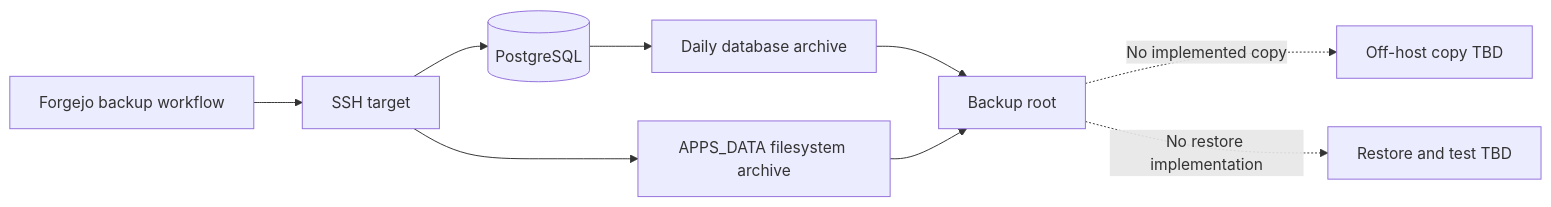
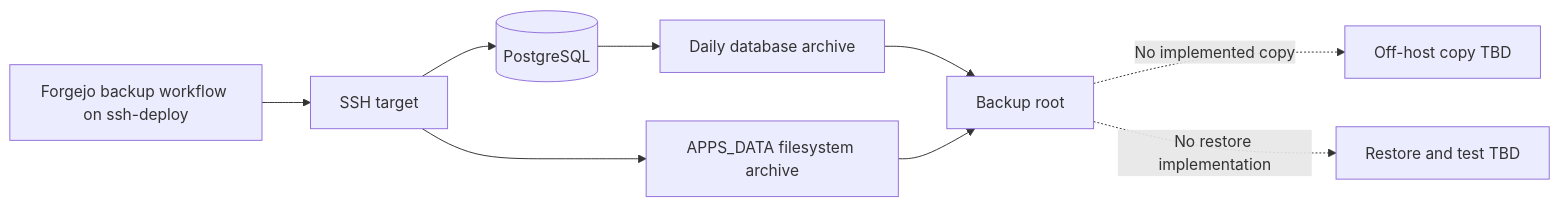
One commit to yongxinL/servicehub changed the sixth of 7 diagrams in docs/architecture/DATA-FLOW.md. Above: the diagram before and after it, drawn with Mermaid. The commit also changed other lines of this file and 19 other files, not shown here.

First line of the commit message:
feat(backup): configure ADR-007 dual-target transfers on the shared runner

````diff
--- a/docs/architecture/DATA-FLOW.md
+++ b/docs/architecture/DATA-FLOW.md
@@ -146,11 +146,11 @@
 ```mermaid
 flowchart LR
-    W[Forgejo backup workflow] --> SSH[SSH target]
+    W[Forgejo backup workflow on ssh-deploy] --> SSH[SSH target]
     SSH --> P[(PostgreSQL)]
     P --> D[Daily database archive]
     SSH --> F[APPS_DATA filesystem archive]
     D --> R[Backup root]
     F --> R
     R -.->|No implemented copy| Off[Off-host copy TBD]
     R -.->|No restore implementation| Restore[Restore and test TBD]
 ```
````
